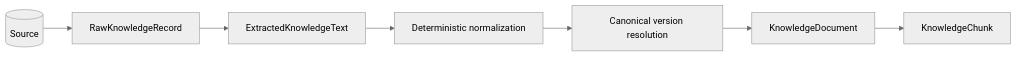
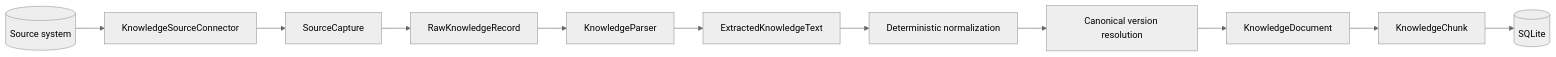
One commit to kumarchandansingh/tropos changed the third of 3 diagrams in docs/architecture/ARCHITECTURE_OVERVIEW.md. Above: the diagram before and after it, drawn with Mermaid (neutral theme). The commit also changed other lines of this file and 12 other files, not shown here.

First line of the commit message:
feat: add extensible source connector boundary (#14)

````diff
--- a/docs/architecture/ARCHITECTURE_OVERVIEW.md
+++ b/docs/architecture/ARCHITECTURE_OVERVIEW.md
@@ -70,10 +76,14 @@
 ```mermaid
 flowchart LR
-    Source[(Source)]
+    Source[(Source system)]
+    --> Connector[KnowledgeSourceConnector]
+    --> Capture[SourceCapture]
     --> Raw[RawKnowledgeRecord]
+    --> Parse[KnowledgeParser]
     --> Extract[ExtractedKnowledgeText]
     --> Norm[Deterministic normalization]
     --> Version[Canonical version resolution]
     --> Doc[KnowledgeDocument]
     --> Chunk[KnowledgeChunk]
+    --> Store[(SQLite)]
 ```
````
